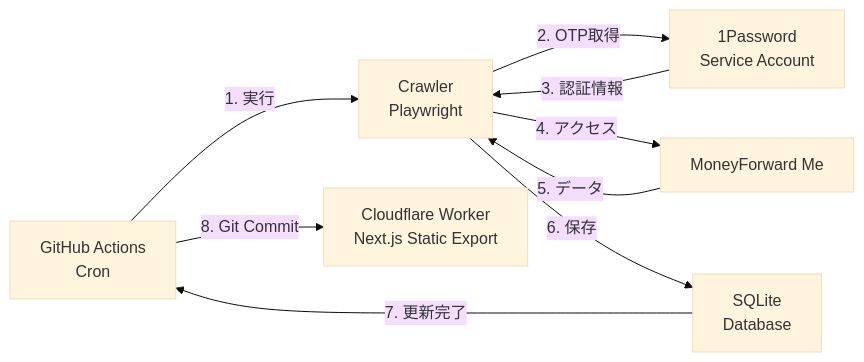
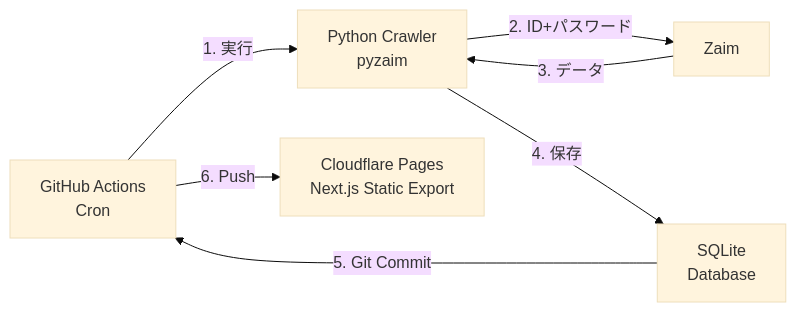
The diagram in README.md (seadoon/zaim-dashboard), drawn with Mermaid (base theme) before and after one commit. The commit also changed other lines of this file and 3 other files, not shown here.

````diff
--- a/README.md
+++ b/README.md
@@ -37,11 +15,9 @@
 ```mermaid
 graph LR
-    A[GitHub Actions<br/>Cron] -->|1. 実行| B[Crawler<br/>Playwright]
-    B -->|2. OTP取得| E[1Password<br/>Service Account]
-    E -->|3. 認証情報| B
-    B -->|4. アクセス| F[MoneyForward Me]
-    F -->|5. データ| B
-    B -->|6. 保存| C[SQLite<br/>Database]
-    C -->|7. 更新完了| A
-    A -->|8. Git Commit| D[Cloudflare Worker<br/>Next.js Static Export]
+    A[GitHub Actions<br/>Cron] -->|1. 実行| B[Python Crawler<br/>pyzaim]
+    B -->|2. ID+パスワード| C[Zaim]
+    C -->|3. データ| B
+    B -->|4. 保存| D[SQLite<br/>Database]
+    D -->|5. Git Commit| A
+    A -->|6. Push| E[Cloudflare Pages<br/>Next.js Static Export]
 ```
````
